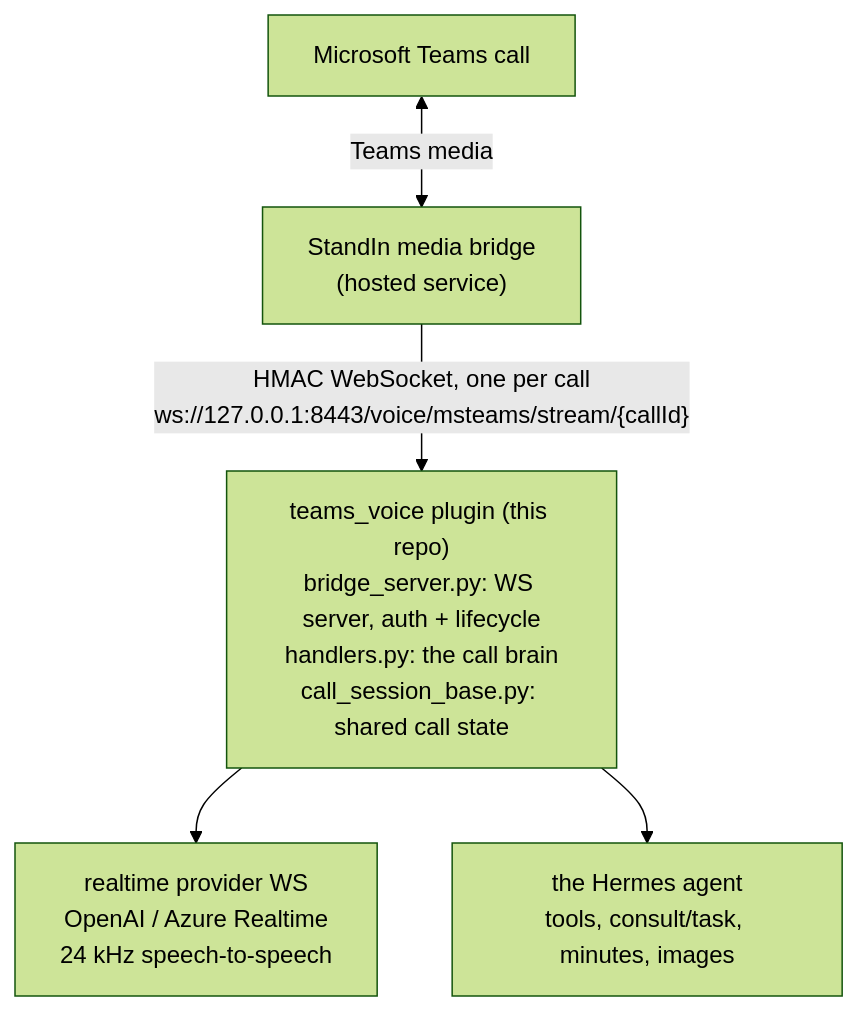
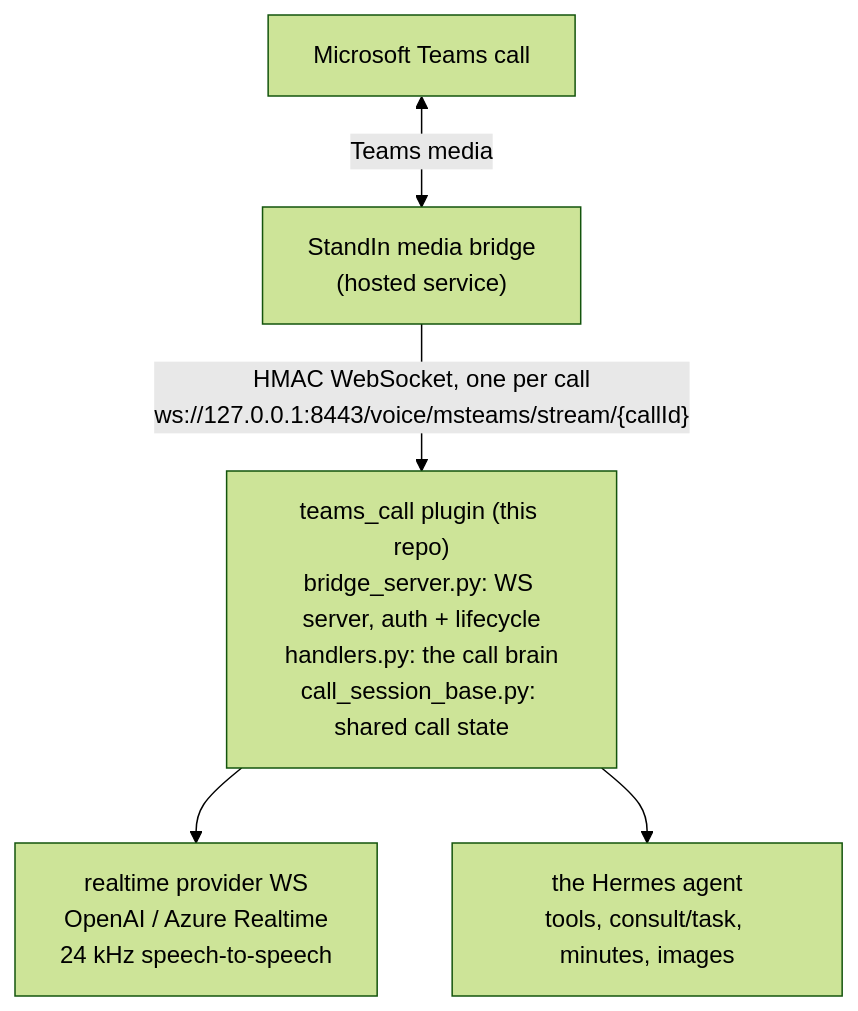
The first of 3 diagrams in website/src/content/docs/architecture.md (komaa-com/hermes-msteams-bridge), drawn with Mermaid (forest theme) before and after one commit. The commit also changed other lines of this file and 55 other files, not shown here.

First line of the commit message:
Hermes boundary, call features, teams_call rename, gateway-resident mode (#32)

````diff
--- a/website/src/content/docs/architecture.md
+++ b/website/src/content/docs/architecture.md
@@ -16,12 +16,12 @@
 ```mermaid
 flowchart TD
     Teams["Microsoft Teams call"]
     Bridge["StandIn media bridge<br/>(hosted service)"]
-    Plugin["teams_voice plugin (this repo)<br/>bridge_server.py: WS server, auth + lifecycle<br/>handlers.py: the call brain<br/>call_session_base.py: shared call state"]
+    Plugin["teams_call plugin (this repo)<br/>bridge_server.py: WS server, auth + lifecycle<br/>handlers.py: the call brain<br/>call_session_base.py: shared call state"]
     Provider["realtime provider WS<br/>OpenAI / Azure Realtime<br/>24 kHz speech-to-speech"]
     Agent["the Hermes agent<br/>tools, consult/task, minutes, images"]
     Teams <-->|Teams media| Bridge
     Bridge -->|"HMAC WebSocket, one per call<br/>ws://127.0.0.1:8443/voice/msteams/stream/{callId}"| Plugin
     Plugin --> Provider
     Plugin --> Agent
 ```
````
